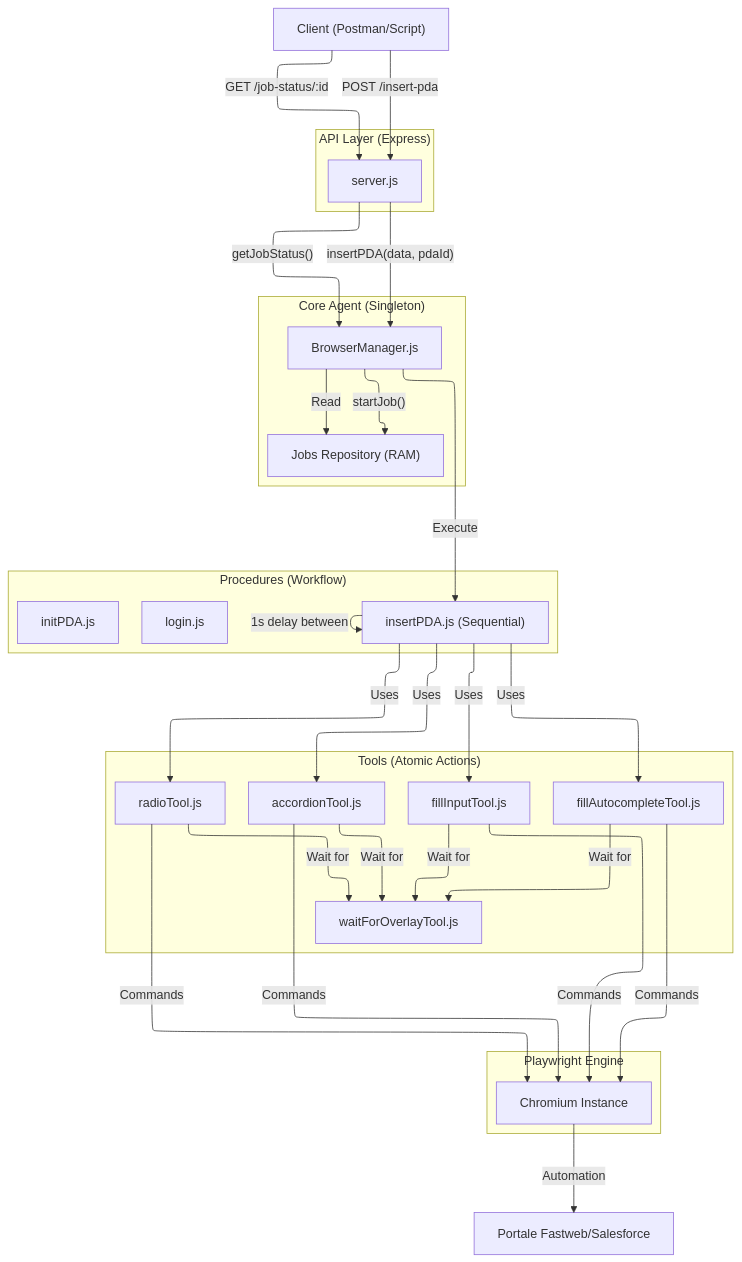
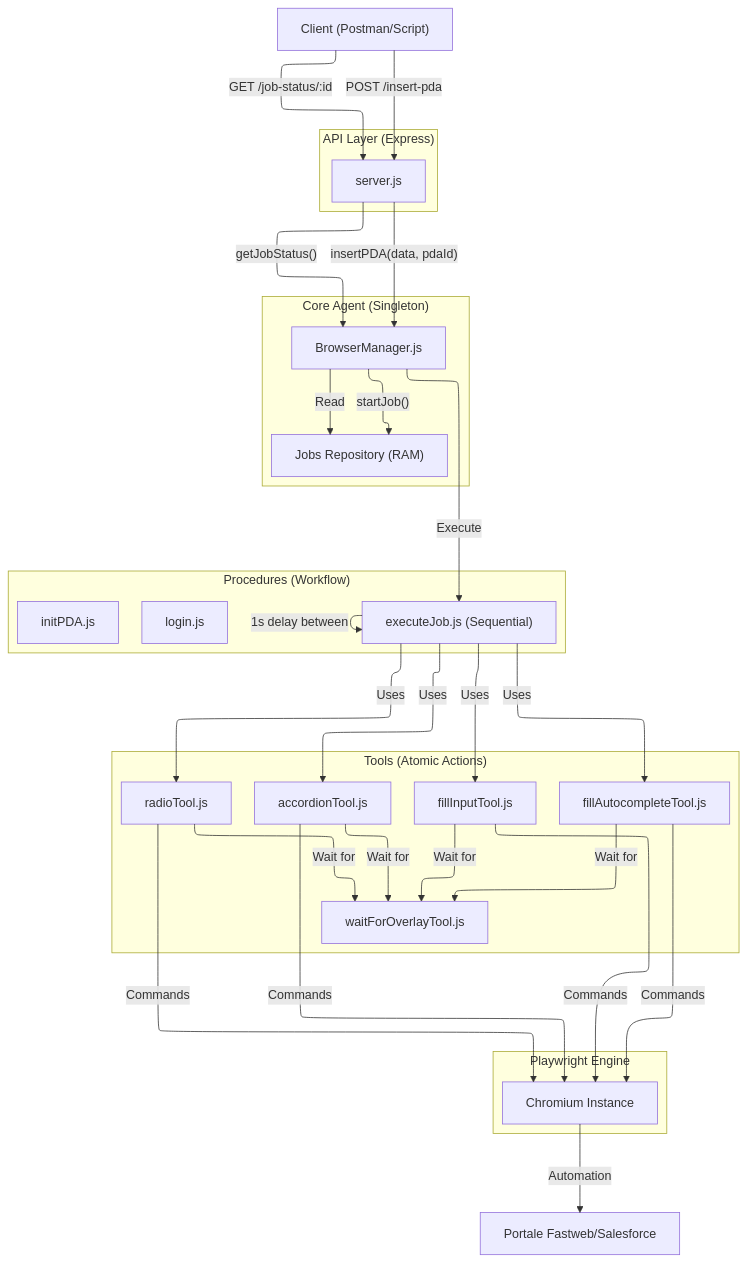
One commit to rocco-giandomenico/John_Holmes changed the diagram in README.md. Above: the diagram before and after it, drawn with Mermaid. The commit also changed other lines of this file and 5 other files, not shown here.

Commit message:
feat: Implement `executeJob` procedure, refactor job management APIs to `POST /execute-job`, `POST /job-status`, and `POST /jobs`, and introduce browser state reset and job logging.

````diff
--- a/README.md
+++ b/README.md
@@ -45,47 +45,47 @@
 ```mermaid
 ---
 config:
   layout: elk
 ---
 flowchart TB
  subgraph subGraph0["API Layer (Express)"]
         Server["server.js"]
   end
  subgraph subGraph1["Core Agent (Singleton)"]
         BM["BrowserManager.js"]
         Jobs["Jobs Repository (RAM)"]
   end
  subgraph subGraph2["Procedures (Workflow)"]
         PDA["insertPDA.js (Sequential)"]
         Login["login.js"]
         Init["initPDA.js"]
   end
  subgraph subGraph3["Tools (Atomic Actions)"]
         Fill["fillInputTool.js"]
         Accordion["accordionTool.js"]
         Radio["radioTool.js"]
         Autocomplete["fillAutocompleteTool.js"]
         Overlay["waitForOverlayTool.js"]
   end
  subgraph subGraph4["Playwright Engine"]
         Browser["Chromium Instance"]
   end
     Client["Client (Postman/Script)"] -- "POST /insert-pda" --> Server
     Server -- insertPDA(data, pdaId) --> BM
     BM -- startJob() --> Jobs
-    BM -- Execute --> PDA
+    BM -- Execute --> PDA["executeJob.js (Sequential)"]
     PDA -- 1s delay between --> PDA
     PDA -- Uses --> Accordion & Fill & Autocomplete & Radio
     Accordion -- Wait for --> Overlay
     Fill -- Wait for --> Overlay
     Autocomplete -- Wait for --> Overlay
     Radio -- Wait for --> Overlay
     Accordion -- Commands --> Browser
     Fill -- Commands --> Browser
     Autocomplete -- Commands --> Browser
     Radio -- Commands --> Browser
     Browser -- Automation --> Fastweb["Portale Fastweb/Salesforce"]
     Client -- "GET /job-status/:id" --> Server
     Server -- getJobStatus() --> BM
     BM -- Read --> Jobs
 ```
````
